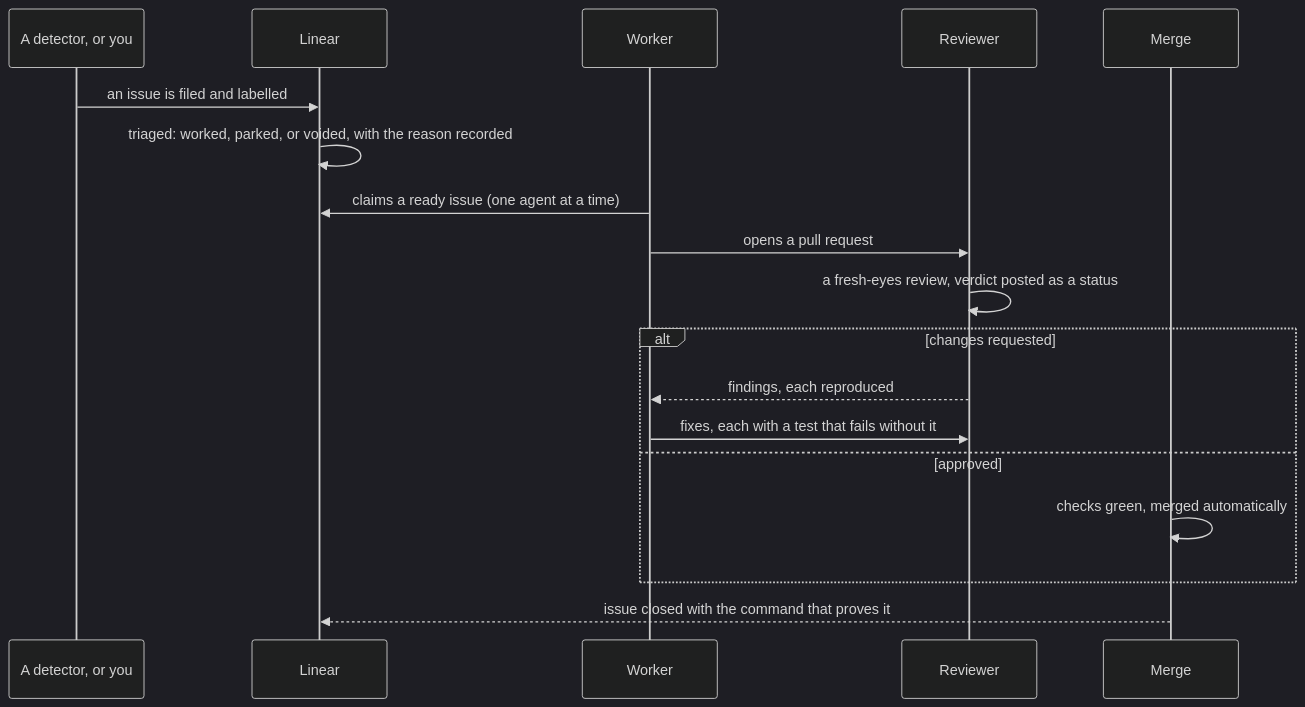
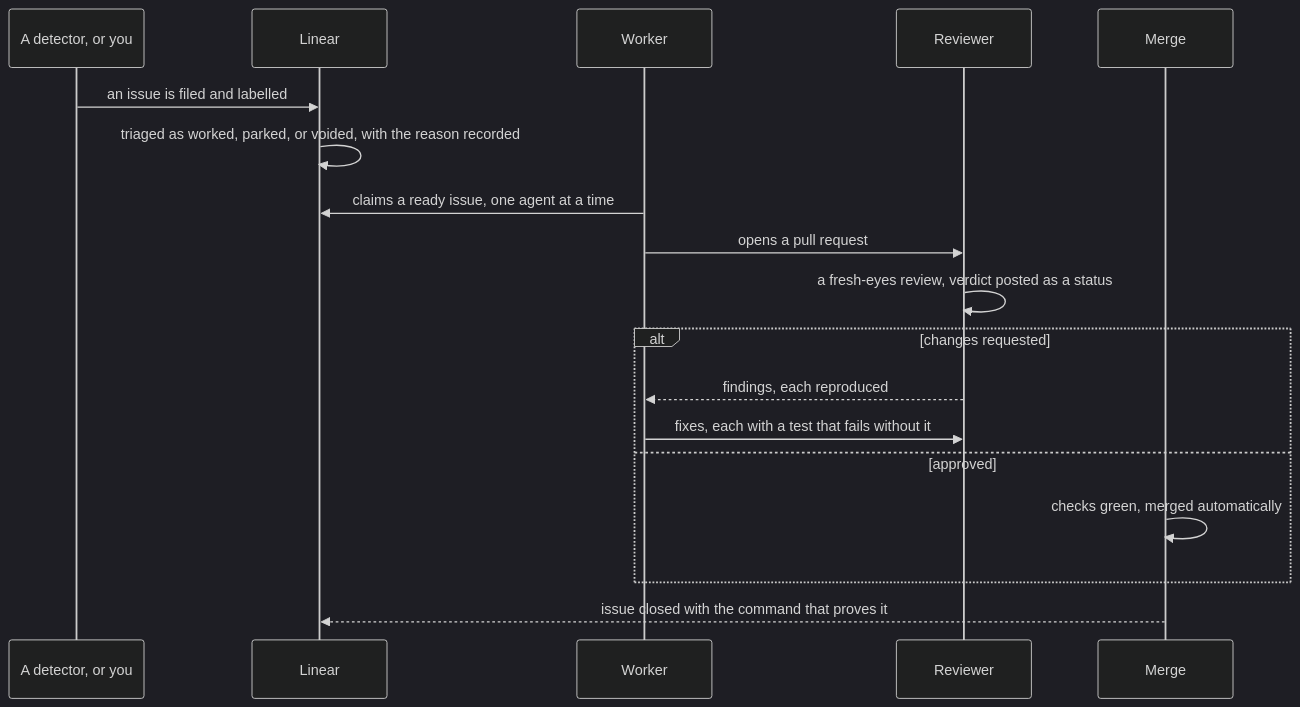
Before and after one commit to assafkip/kipi-system: the sixth of 7 diagrams in README.md, drawn with Mermaid (dark theme). The commit also changed other lines of this file, not shown here.

First line of the commit message:
docs: README leads with knowledge supply, governance becomes the trust layer [no-issue: founder-directed README feedback 2026-09-05]

````diff
--- a/README.md
+++ b/README.md
@@ -130,20 +215,20 @@
 ```mermaid
 sequenceDiagram
     participant D as A detector, or you
     participant L as Linear
     participant W as Worker
     participant R as Reviewer
     participant M as Merge
     D->>L: an issue is filed and labelled
-    L->>L: triaged: worked, parked, or voided, with the reason recorded
-    W->>L: claims a ready issue (one agent at a time)
+    L->>L: triaged as worked, parked, or voided, with the reason recorded
+    W->>L: claims a ready issue, one agent at a time
     W->>R: opens a pull request
     R->>R: a fresh-eyes review, verdict posted as a status
     alt changes requested
         R-->>W: findings, each reproduced
         W->>R: fixes, each with a test that fails without it
     else approved
         M->>M: checks green, merged automatically
     end
     M-->>L: issue closed with the command that proves it
 ```
````
